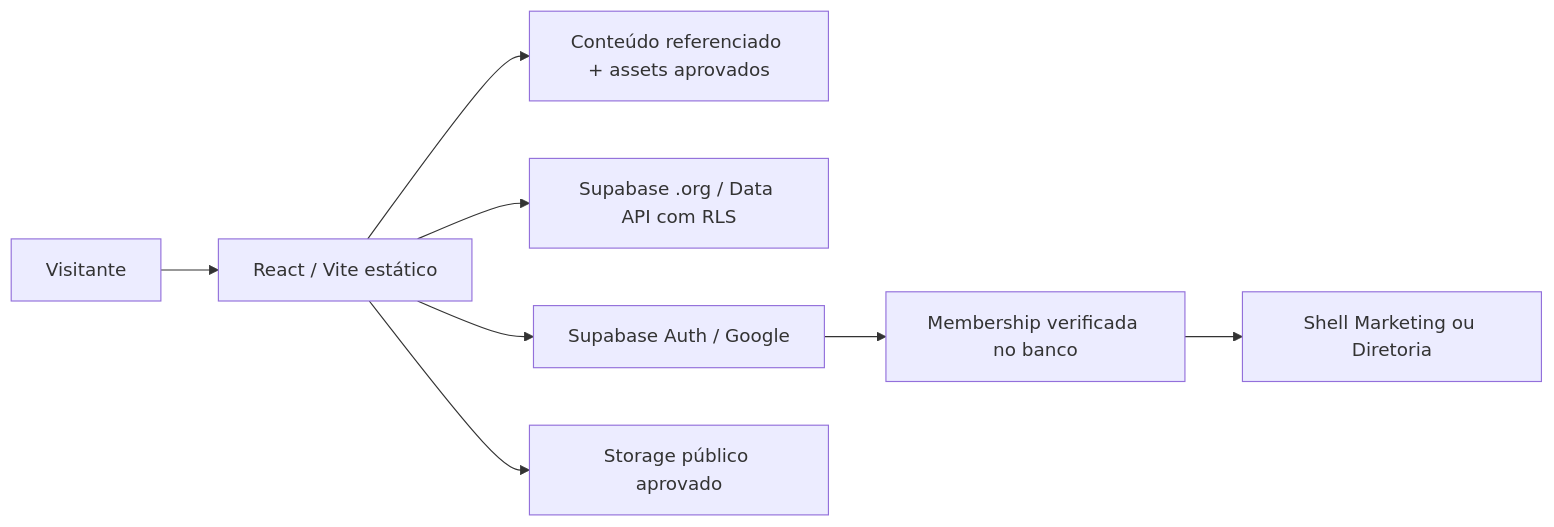
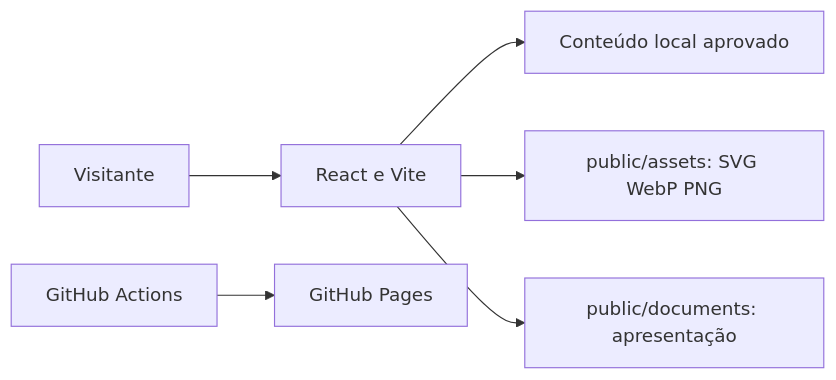
The diagram in documentation/private/docs/ARCHITECTURE.md (LeonardoCamargoRossato/InstitutoFoton.org), drawn with Mermaid before and after one commit. The commit also changed other lines of this file and 9 other files, not shown here.

````diff
--- a/documentation/private/docs/ARCHITECTURE.md
+++ b/documentation/private/docs/ARCHITECTURE.md
@@ -3,10 +5,8 @@
 ```mermaid
 flowchart LR
-  Visitor[Visitante] --> SPA[React / Vite estático]
-  SPA --> Static[Conteúdo referenciado + assets aprovados]
-  SPA --> DB[Supabase .org / Data API com RLS]
-  SPA --> Auth[Supabase Auth / Google]
-  Auth --> Membership[Membership verificada no banco]
-  Membership --> Shell[Shell Marketing ou Diretoria]
-  SPA --> Storage[Storage público aprovado]
+  Visitante --> SPA[React e Vite]
+  SPA --> Catalogo[Conteúdo local aprovado]
+  SPA --> Midia[public/assets: SVG WebP PNG]
+  SPA --> PDF[public/documents: apresentação]
+  Build[GitHub Actions] --> Pages[GitHub Pages]
 ```
````
